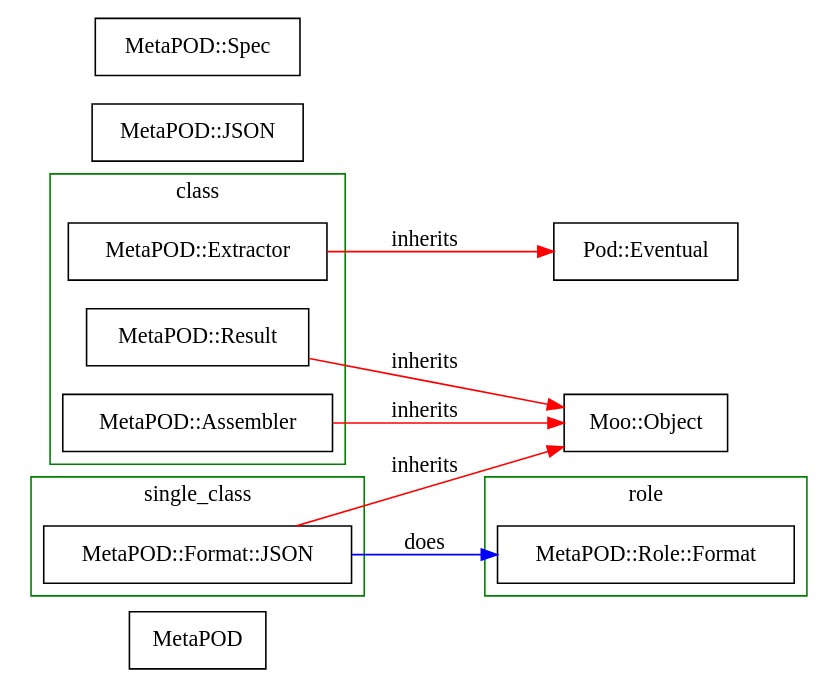
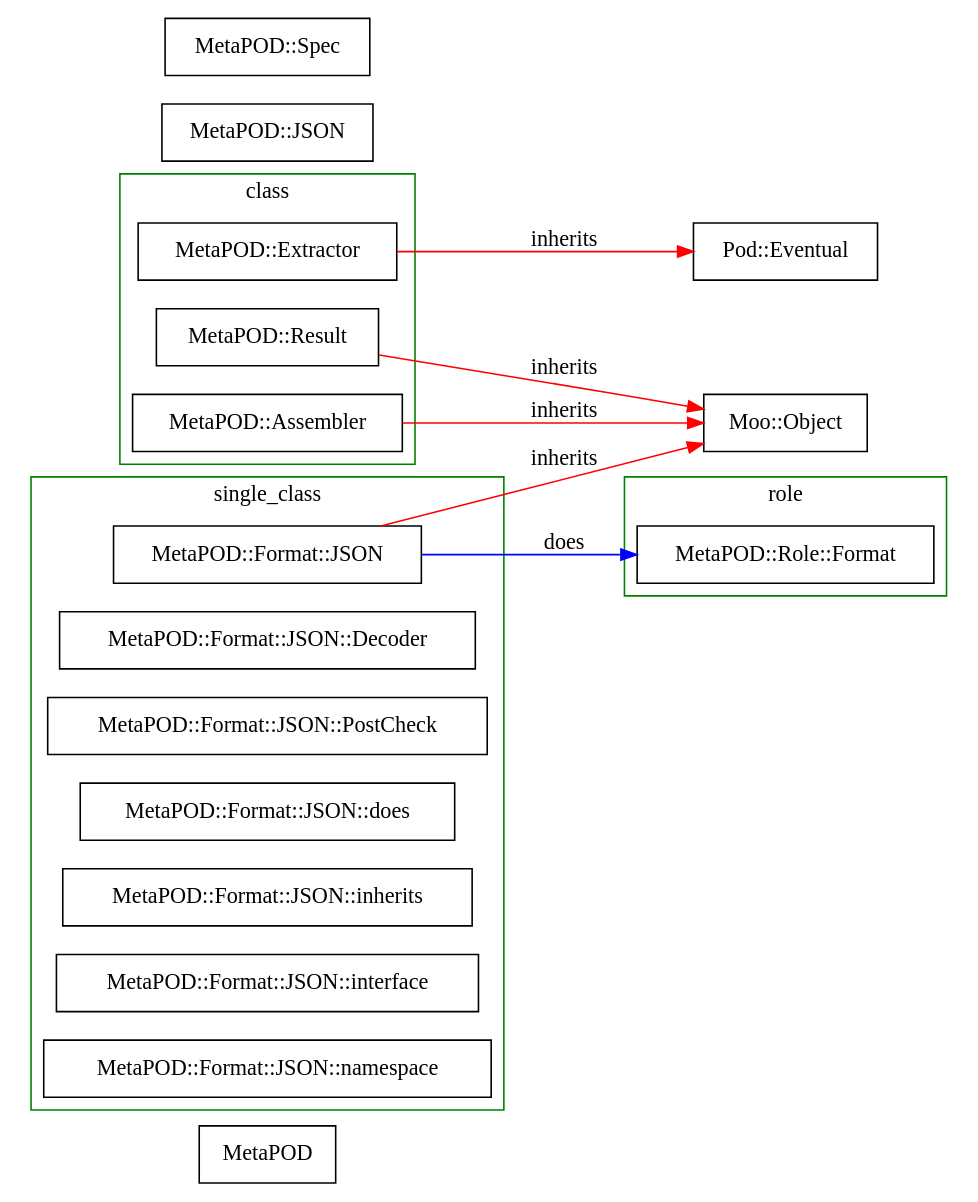
One commit to gitpan/MetaPOD changed the diagram in examples/self_structure.dot. Above: the diagram before and after it, drawn with Graphviz. The commit also changed 22 other files, not shown here.

First line of the commit message:
Import of KENTNL/MetaPOD-0.2.1 from CPAN.

```diff
--- a/examples/self_structure.dot
+++ b/examples/self_structure.dot
@@ -1,29 +1,35 @@
 digraph test {
 	rankdir=LR;
 	ratio="fill";
 	node [shape="box"];
 	MetaPOD [label="MetaPOD"];
 	node2 [label="Moo::Object"];
 	node4 [label="Pod::Eventual"];
 	node5 [label="MetaPOD::JSON"];
 	node7 [label="MetaPOD::Spec"];
 	node1 -> node2 [color="red", dir="forward", label="inherits"];
 	node3 -> node4 [color="red", dir="forward", label="inherits"];
 	node8 -> node9 [color="blue", dir="forward", label="does"];
 	node8 -> node2 [color="red", dir="forward", label="inherits"];
 	node6 -> node2 [color="red", dir="forward", label="inherits"];
 	subgraph cluster_class {
 		color="green"; label="class";
 		node1 [label="MetaPOD::Assembler"];
 		node3 [label="MetaPOD::Extractor"];
 		node6 [label="MetaPOD::Result"];
 	}
 	subgraph cluster_single_class {
 		color="green"; label="single_class";
 		node8 [label="MetaPOD::Format::JSON"];
+		node10 [label="MetaPOD::Format::JSON::Decoder"];
+		node11 [label="MetaPOD::Format::JSON::PostCheck"];
+		node12 [label="MetaPOD::Format::JSON::does"];
+		node13 [label="MetaPOD::Format::JSON::inherits"];
+		node14 [label="MetaPOD::Format::JSON::interface"];
+		node15 [label="MetaPOD::Format::JSON::namespace"];
 	}
 	subgraph cluster_role {
 		color="green"; label="role";
 		node9 [label="MetaPOD::Role::Format"];
 	}
 }
```
